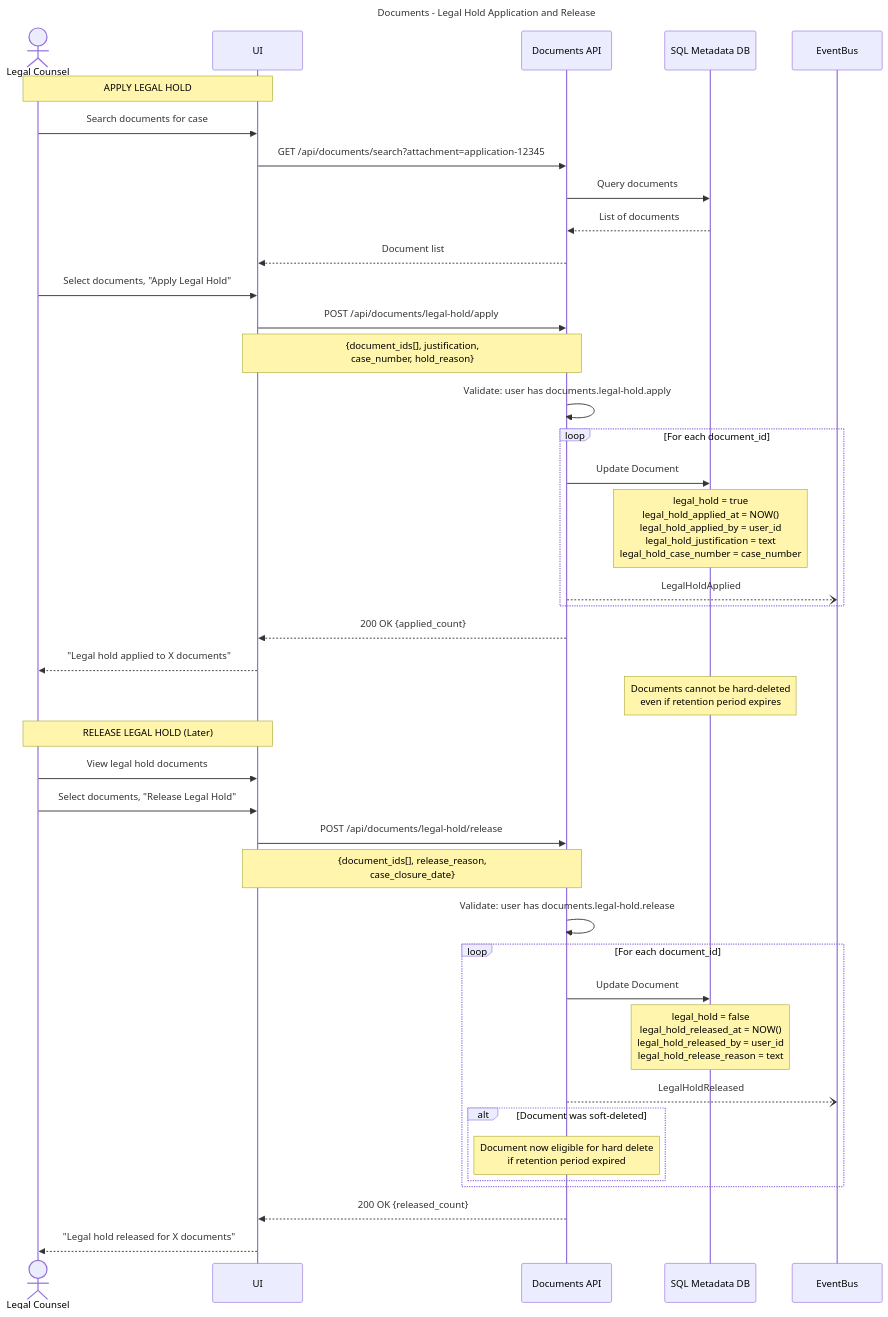
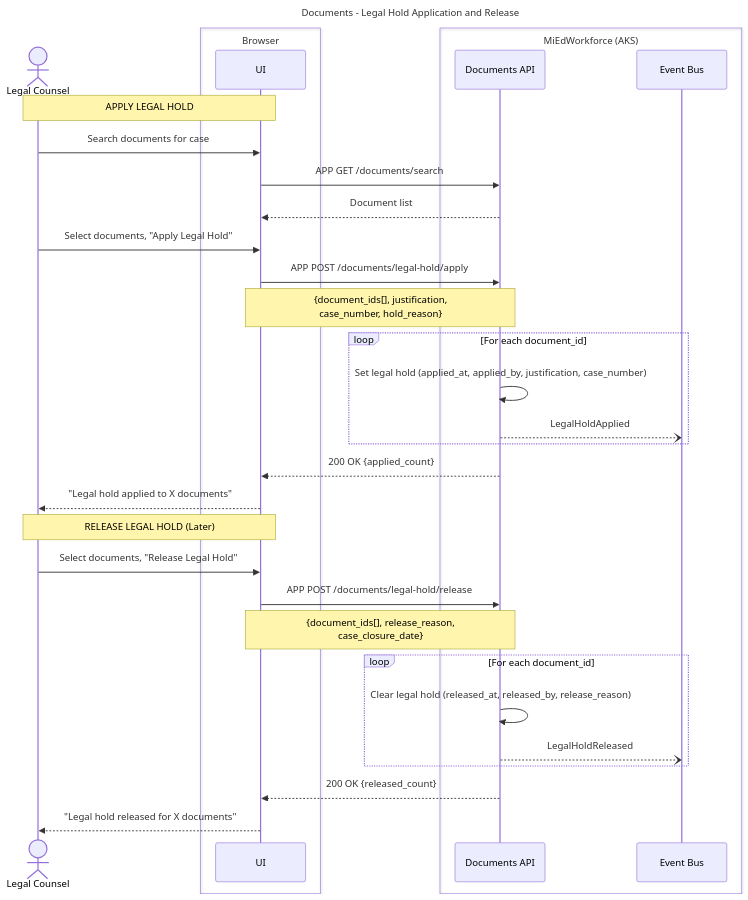
The eighth of 16 diagrams in working-docs/solution-areas/documents/documents-sequences.md (mnichols-dl/mied-design), drawn with Mermaid before and after one commit. The commit also changed other lines of this file and 34 other files, not shown here.

Commit message:
Update sequences and perform RTM assessment

````diff
--- a/working-docs/solution-areas/documents/documents-sequences.md
+++ b/working-docs/solution-areas/documents/documents-sequences.md
@@ -417,58 +422,44 @@
 ```mermaid
 ---
 title: Documents - Legal Hold Application and Release
 ---
 sequenceDiagram
     actor LegalCounsel as Legal Counsel
+    box Browser
     participant UI
-    participant DocsAPI as Documents API
-    participant MetadataDB as SQL Metadata DB
-    participant EventBus
-    
+    end
+    box MiEdWorkforce (AKS)
+    participant DocsApi as Documents API
+    participant EventBus as Event Bus
+    end
+
     Note over LegalCounsel,UI: APPLY LEGAL HOLD
     LegalCounsel->>UI: Search documents for case
-    UI->>DocsAPI: GET /api/documents/search?attachment=application-12345
-    DocsAPI->>MetadataDB: Query documents
-    MetadataDB-->>DocsAPI: List of documents
-    DocsAPI-->>UI: Document list
-    
+    UI->>DocsApi: APP GET /documents/search
+    DocsApi-->>UI: Document list
+
     LegalCounsel->>UI: Select documents, "Apply Legal Hold"
-    UI->>DocsAPI: POST /api/documents/legal-hold/apply
-    Note over UI,DocsAPI: {document_ids[], justification,<br/>case_number, hold_reason}
-    
-    DocsAPI->>DocsAPI: Validate: user has documents.legal-hold.apply
-    
+    UI->>DocsApi: APP POST /documents/legal-hold/apply
+    Note over UI,DocsApi: {document_ids[], justification,<br/>case_number, hold_reason}
+
     loop For each document_id
-        DocsAPI->>MetadataDB: Update Document
-        Note over MetadataDB: legal_hold = true<br/>legal_hold_applied_at = NOW()<br/>legal_hold_applied_by = user_id<br/>legal_hold_justification = text<br/>legal_hold_case_number = case_number
-        
-        DocsAPI--)EventBus: LegalHoldApplied
+        DocsApi->>DocsApi: Set legal hold (applied_at, applied_by, justification, case_number)
+        DocsApi--)EventBus: LegalHoldApplied
     end
-    
-    DocsAPI-->>UI: 200 OK {applied_count}
+
+    DocsApi-->>UI: 200 OK {applied_count}
     UI-->>LegalCounsel: "Legal hold applied to X documents"
-    
-    Note over MetadataDB: Documents cannot be hard-deleted<br/>even if retention period expires
-    
+
     Note over LegalCounsel,UI: RELEASE LEGAL HOLD (Later)
-    LegalCounsel->>UI: View legal hold documents
     LegalCounsel->>UI: Select documents, "Release Legal Hold"
-    UI->>DocsAPI: POST /api/documents/legal-hold/release
-    Note over UI,DocsAPI: {document_ids[], release_reason,<br/>case_closure_date}
-    
-    DocsAPI->>DocsAPI: Validate: user has documents.legal-hold.release
-    
+    UI->>DocsApi: APP POST /documents/legal-hold/release
+    Note over UI,DocsApi: {document_ids[], release_reason,<br/>case_closure_date}
+
     loop For each document_id
-        DocsAPI->>MetadataDB: Update Document
-        Note over MetadataDB: legal_hold = false<br/>legal_hold_released_at = NOW()<br/>legal_hold_released_by = user_id<br/>legal_hold_release_reason = text
-        
-        DocsAPI--)EventBus: LegalHoldReleased
-        
-        alt Document was soft-deleted
-            Note over DocsAPI: Document now eligible for hard delete<br/>if retention period expired
-        end
+        DocsApi->>DocsApi: Clear legal hold (released_at, released_by, release_reason)
+        DocsApi--)EventBus: LegalHoldReleased
     end
-    
-    DocsAPI-->>UI: 200 OK {released_count}
+
+    DocsApi-->>UI: 200 OK {released_count}
     UI-->>LegalCounsel: "Legal hold released for X documents"
 ```
````
